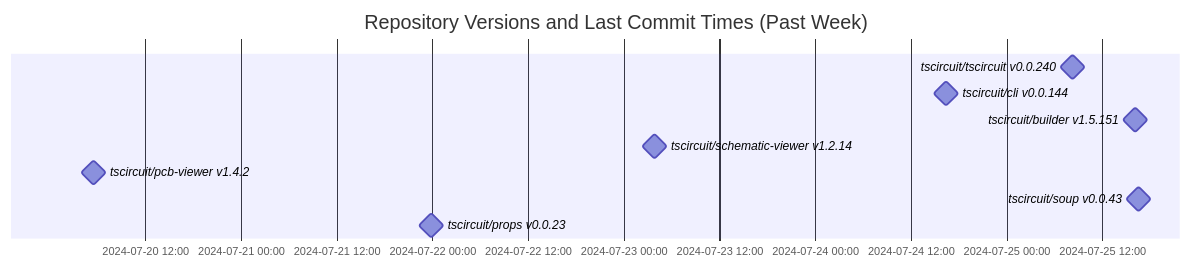
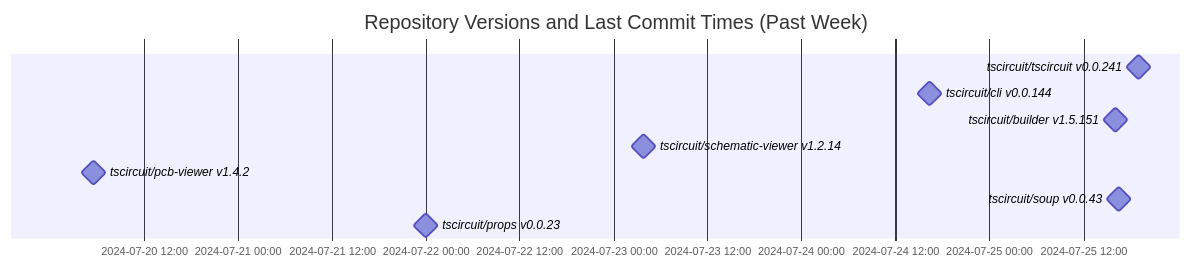
Before and after one commit to tscircuit/version-tracker: the diagram in README.md, drawn with Mermaid.

Commit message:
Update chart

````diff
--- a/README.md
+++ b/README.md
@@ -1,14 +1,14 @@
 ```mermaid
 gantt
   dateFormat  YYYY-MM-DD HH:mm:ss
   title Repository Versions and Last Commit Times (Past Week)
   axisFormat %Y-%m-%d %H:%M
 
-  tscircuit/tscircuit v0.0.240 : milestone, 2024-07-25 08:15:50, 1s
+  tscircuit/tscircuit v0.0.241 : milestone, 2024-07-25 19:04:38, 1s
   tscircuit/cli v0.0.144 : milestone, 2024-07-24 16:24:13, 1s
   tscircuit/builder v1.5.151 : milestone, 2024-07-25 16:09:34, 1s
   tscircuit/schematic-viewer v1.2.14 : milestone, 2024-07-23 03:50:56, 1s
   tscircuit/pcb-viewer v1.4.2 : milestone, 2024-07-20 05:34:23, 1s
   tscircuit/soup v0.0.43 : milestone, 2024-07-25 16:35:25, 1s
   tscircuit/props v0.0.23 : milestone, 2024-07-21 23:57:13, 1s
 ```
````
